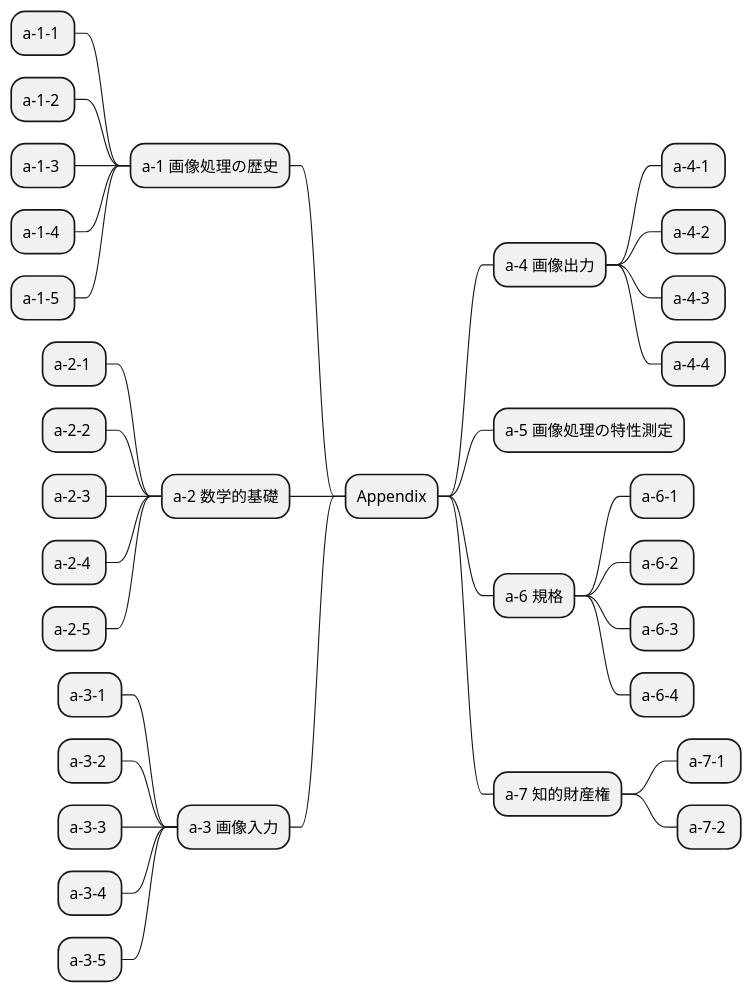
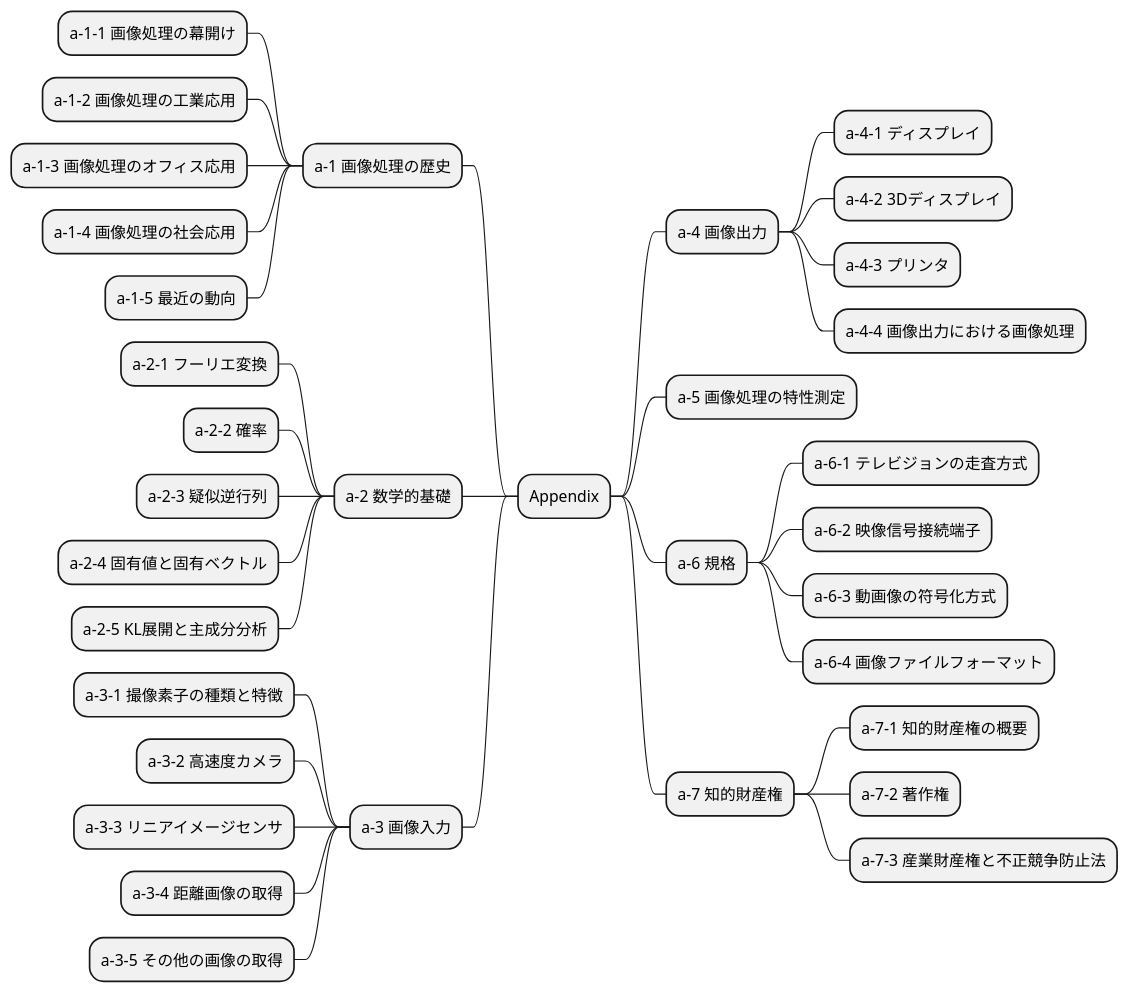
Before and after one commit to Takayoshi-Matsuyama/image_processing: the diagram in mindmap/img_proc_expert_Appendix.puml, drawn with PlantUML. The commit also changed 16 other files, not shown here.

Commit message:
mindmap - ex index

```diff
--- a/mindmap/img_proc_expert_Appendix.puml
+++ b/mindmap/img_proc_expert_Appendix.puml
@@ -1,35 +1,36 @@
 @startmindmap img_proc_expert_Appendix
 + Appendix
 -- a-1 画像処理の歴史
---- a-1-1 
---- a-1-2 
---- a-1-3 
---- a-1-4 
---- a-1-5 
+--- a-1-1 画像処理の幕開け
+--- a-1-2 画像処理の工業応用
+--- a-1-3 画像処理のオフィス応用
+--- a-1-4 画像処理の社会応用
+--- a-1-5 最近の動向
 -- a-2 数学的基礎
---- a-2-1 
---- a-2-2 
---- a-2-3 
---- a-2-4 
---- a-2-5 
+--- a-2-1 フーリエ変換
+--- a-2-2 確率
+--- a-2-3 疑似逆行列
+--- a-2-4 固有値と固有ベクトル
+--- a-2-5 KL展開と主成分分析
 -- a-3 画像入力
---- a-3-1 
---- a-3-2 
---- a-3-3 
---- a-3-4 
---- a-3-5 
+--- a-3-1 撮像素子の種類と特徴
+--- a-3-2 高速度カメラ
+--- a-3-3 リニアイメージセンサ
+--- a-3-4 距離画像の取得
+--- a-3-5 その他の画像の取得
 ++ a-4 画像出力
-+++ a-4-1 
-+++ a-4-2 
-+++ a-4-3 
-+++ a-4-4 
++++ a-4-1 ディスプレイ
++++ a-4-2 3Dディスプレイ
++++ a-4-3 プリンタ
++++ a-4-4 画像出力における画像処理
 ++ a-5 画像処理の特性測定
 ++ a-6 規格
-+++ a-6-1 
-+++ a-6-2 
-+++ a-6-3 
-+++ a-6-4 
++++ a-6-1 テレビジョンの走査方式
++++ a-6-2 映像信号接続端子
++++ a-6-3 動画像の符号化方式
++++ a-6-4 画像ファイルフォーマット
 ++ a-7 知的財産権
-+++ a-7-1 
-+++ a-7-2 
++++ a-7-1 知的財産権の概要
++++ a-7-2 著作権
++++ a-7-3 産業財産権と不正競争防止法
 @endmindmap
```
